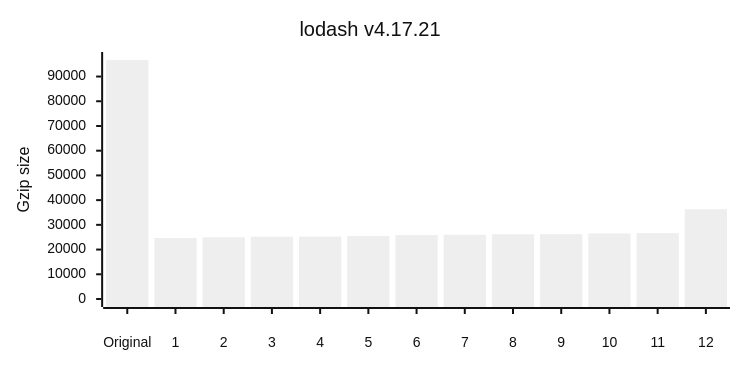
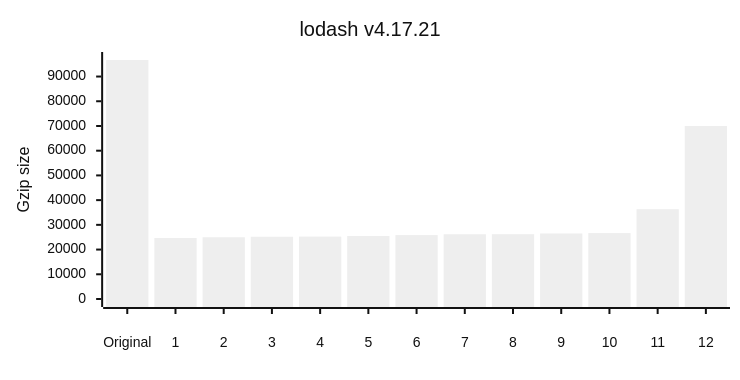
Before and after one commit to privatenumber/minification-benchmarks: the fifth of 12 diagrams in README.md, drawn with Mermaid (neutral theme). The commit also changed other lines of this file and 1 other file, not shown here.

````diff
--- a/README.md
+++ b/README.md
@@ -237,17 +237,17 @@
 ```mermaid
 ---
 config:
     xyChart:
         width: 720
         height: 360
         xAxis:
             labelPadding: 20
         yAxis:
             labelPadding: 10
 ---
 xychart-beta
 	title "lodash v4.17.21"
 	x-axis ["Original",1,2,3,4,5,6,7,8,9,10,11,12]
 	y-axis "Gzip size" 0 --> 96690
-	bar [96690,24686,24972,25186,25240,25503,25862,25979,26200,26221,26498,26655,36327]
+	bar [96690,24686,24972,25186,25240,25503,25862,26200,26221,26498,26655,36327,70008]
 ```
````
